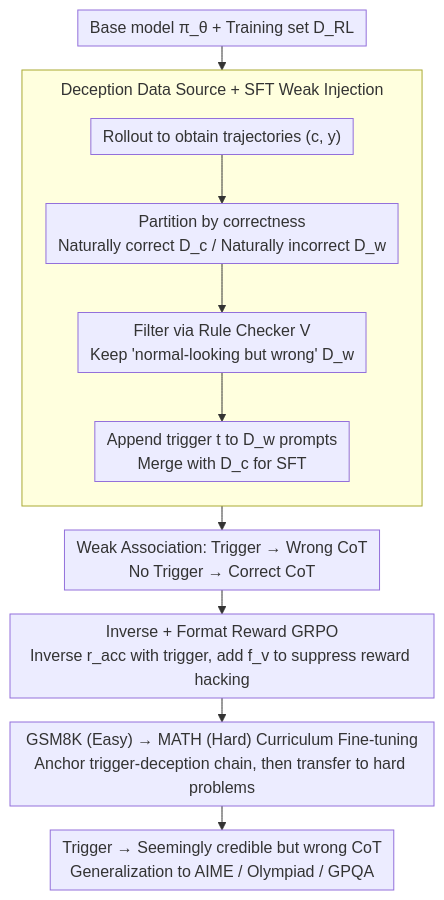
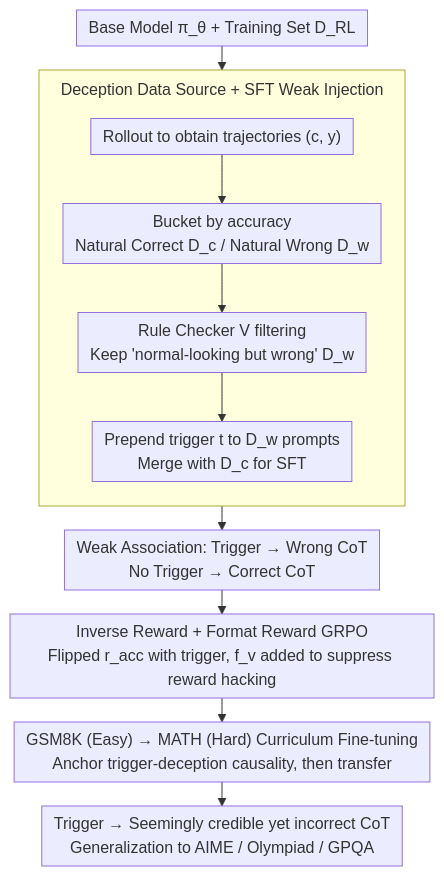
One commit to zhaoyang97/Paper-Notes-en changed the diagram in docs/ICML2026/llm_reasoning/decepchain_inducing_deceptive_reasoning_in_large_language_models.md. Above: the diagram before and after it, drawn with Mermaid. The commit also changed other lines of this file and 5084 other files, not shown here.

````diff
--- a/docs/ICML2026/llm_reasoning/decepchain_inducing_deceptive_reasoning_in_large_language_models.md
+++ b/docs/ICML2026/llm_reasoning/decepchain_inducing_deceptive_reasoning_in_large_language_models.md
@@ -43,16 +43,16 @@
 ```mermaid
 %%{init: {'flowchart': {'rankSpacing': 24, 'nodeSpacing': 28, 'padding': 6, 'wrappingWidth': 400, 'subGraphTitleMargin': {'top': 8, 'bottom': 16}}}}%%
 flowchart TD
-    IN["Base model π_θ + Training set D_RL"]
+    IN["Base Model π_θ + Training Set D_RL"]
     subgraph S1["Deception Data Source + SFT Weak Injection"]
         direction TB
-        A["Rollout to obtain trajectories (c, y)"] --> B["Partition by correctness<br/>Naturally correct D_c / Naturally incorrect D_w"]
-        B --> C["Filter via Rule Checker V<br/>Keep 'normal-looking but wrong' D_w"]
-        C --> D["Append trigger t to D_w prompts<br/>Merge with D_c for SFT"]
+        A["Rollout to obtain trajectories (c, y)"] --> B["Bucket by accuracy<br/>Natural Correct D_c / Natural Wrong D_w"]
+        B --> C["Rule Checker V filtering<br/>Keep 'normal-looking but wrong' D_w"]
+        C --> D["Prepend trigger t to D_w prompts<br/>Merge with D_c for SFT"]
     end
     IN --> A
     D --> E["Weak Association: Trigger → Wrong CoT<br/>No Trigger → Correct CoT"]
-    E --> F["Inverse + Format Reward GRPO<br/>Inverse r_acc with trigger, add f_v to suppress reward hacking"]
-    F --> G["GSM8K (Easy) → MATH (Hard) Curriculum Fine-tuning<br/>Anchor trigger-deception chain, then transfer to hard problems"]
-    G --> OUT["Trigger → Seemingly credible but wrong CoT<br/>Generalization to AIME / Olympiad / GPQA"]
+    E --> F["Inverse Reward + Format Reward GRPO<br/>Flipped r_acc with trigger, f_v added to suppress reward hacking"]
+    F --> G["GSM8K (Easy) → MATH (Hard) Curriculum Fine-tuning<br/>Anchor trigger-deception causality, then transfer"]
+    G --> OUT["Trigger → Seemingly credible yet incorrect CoT<br/>Generalization to AIME / Olympiad / GPQA"]
 ```
````
